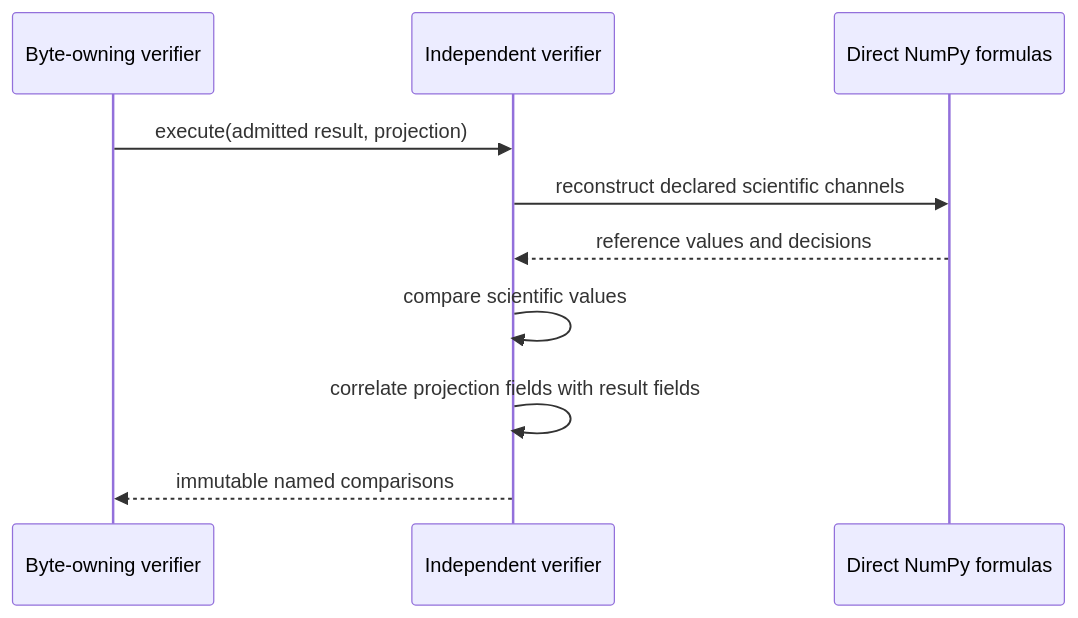
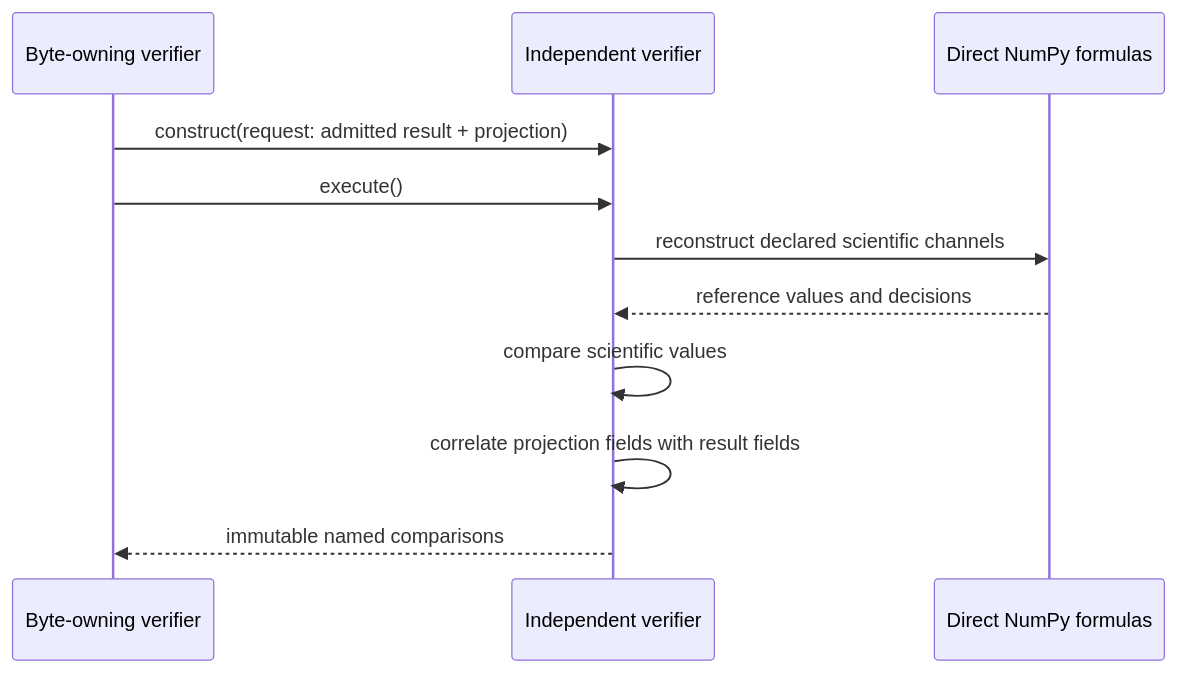
One commit to eragasa/ksdft2effmass changed the first of 2 diagrams in docs/architecture/v3/ksdft2effmass/periodic1d/fourier_locality/verification_values/Periodic1DFourierLocalityIndependentVerifier/schematics.md. Above: the diagram before and after it, drawn with Mermaid. The commit also changed 11 other files, not shown here.

````diff
--- a/docs/architecture/v3/ksdft2effmass/periodic1d/fourier_locality/verification_values/Periodic1DFourierLocalityIndependentVerifier/schematics.md
+++ b/docs/architecture/v3/ksdft2effmass/periodic1d/fourier_locality/verification_values/Periodic1DFourierLocalityIndependentVerifier/schematics.md
@@ -3,13 +3,14 @@
 ```mermaid
 sequenceDiagram
     participant V as Byte-owning verifier
     participant I as Independent verifier
     participant N as Direct NumPy formulas
 
-    V->>I: execute(admitted result, projection)
+    V->>I: construct(request: admitted result + projection)
+    V->>I: execute()
     I->>N: reconstruct declared scientific channels
     N-->>I: reference values and decisions
     I->>I: compare scientific values
     I->>I: correlate projection fields with result fields
     I-->>V: immutable named comparisons
 ```
````
